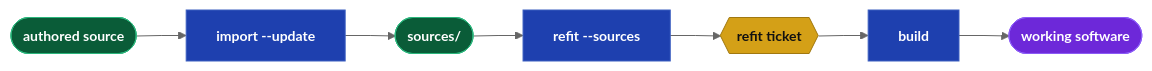
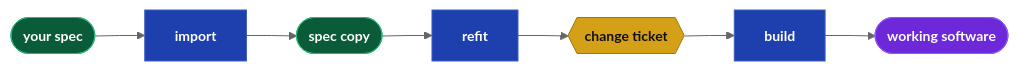
One commit to webcloudstudio/Drydock changed the first of 3 diagrams in docs/papers/SDD_Optimal_Path_to_Managing_Changed_Specifications.md. Above: the diagram before and after it, drawn with Mermaid. The commit also changed other lines of this file and 2 other files, not shown here.

Commit message:
Rewrite refit white paper in plain language and drop internal Drydock artifact names

````diff
--- a/docs/papers/SDD_Optimal_Path_to_Managing_Changed_Specifications.md
+++ b/docs/papers/SDD_Optimal_Path_to_Managing_Changed_Specifications.md
@@ -104,20 +83,20 @@
 ```mermaid
 %%{init: {'theme': 'neutral', 'flowchart': {'curve': 'linear'}, 'themeVariables': {'fontSize': '14px'}}}%%
 flowchart LR
   classDef dir    fill:#0a5c38,stroke:#2cb67d,color:#fff,font-weight:bold
   classDef md     fill:#d4a017,stroke:#a07810,color:#111,font-weight:bold
   classDef script fill:#1e40af,stroke:#3b5fc0,color:#fff,font-weight:bold
   classDef prompt fill:#c2410c,stroke:#ea580c,color:#fff,font-weight:bold
   classDef output fill:#6d28d9,stroke:#8b5cf6,color:#fff,font-weight:bold
   classDef web    fill:#be123c,stroke:#fb7185,color:#fff,font-weight:bold
 
-  SRC(["authored source"]):::dir
-  IMP["import --update"]:::script
-  SNAP(["sources/"]):::dir
-  REF["refit --sources"]:::script
-  TIX{{"refit ticket"}}:::md
+  SRC(["your spec"]):::dir
+  IMP["import"]:::script
+  COPY(["spec copy"]):::dir
+  REF["refit"]:::script
+  TIX{{"change ticket"}}:::md
   BLD["build"]:::script
   PROD(["working software"]):::output
 
-  SRC --> IMP --> SNAP --> REF --> TIX --> BLD --> PROD
+  SRC --> IMP --> COPY --> REF --> TIX --> BLD --> PROD
 ```
````
